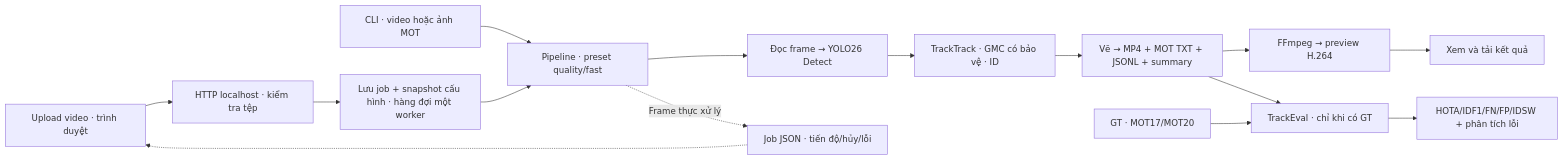
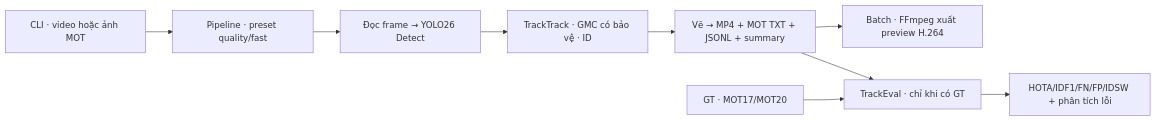
Before and after one commit to khanhhdt/FastMOT: the first of 2 diagrams in docs/ARCHITECTURE.md, drawn with Mermaid. The commit also changed other lines of this file and 40 other files, not shown here.

````diff
--- a/docs/ARCHITECTURE.md
+++ b/docs/ARCHITECTURE.md
@@ -7,17 +7,11 @@
 ```mermaid
 flowchart LR
-    U["Upload video · trình duyệt"] --> A["HTTP localhost · kiểm tra tệp"]
-    A --> Q["Lưu job + snapshot cấu hình · hàng đợi một worker"]
-    C["CLI · video hoặc ảnh MOT"] --> P
-    Q --> P["Pipeline · preset quality/fast"]
+    C["CLI · video hoặc ảnh MOT"] --> P["Pipeline · preset quality/fast"]
     P --> D["Đọc frame → YOLO26 Detect"]
     D --> T["TrackTrack · GMC có bảo vệ · ID"]
     T --> O["Vẽ → MP4 + MOT TXT + JSONL + summary"]
-    P -. "Frame thực xử lý" .-> S["Job JSON · tiến độ/hủy/lỗi"]
-    S -.-> U
-    O --> V["FFmpeg → preview H.264"]
-    V --> R["Xem và tải kết quả"]
+    O --> V["Batch · FFmpeg xuất preview H.264"]
     O --> E["TrackEval · chỉ khi có GT"]
     G["GT · MOT17/MOT20"] --> E
     E --> M["HOTA/IDF1/FN/FP/IDSW + phân tích lỗi"]
 ```
````
